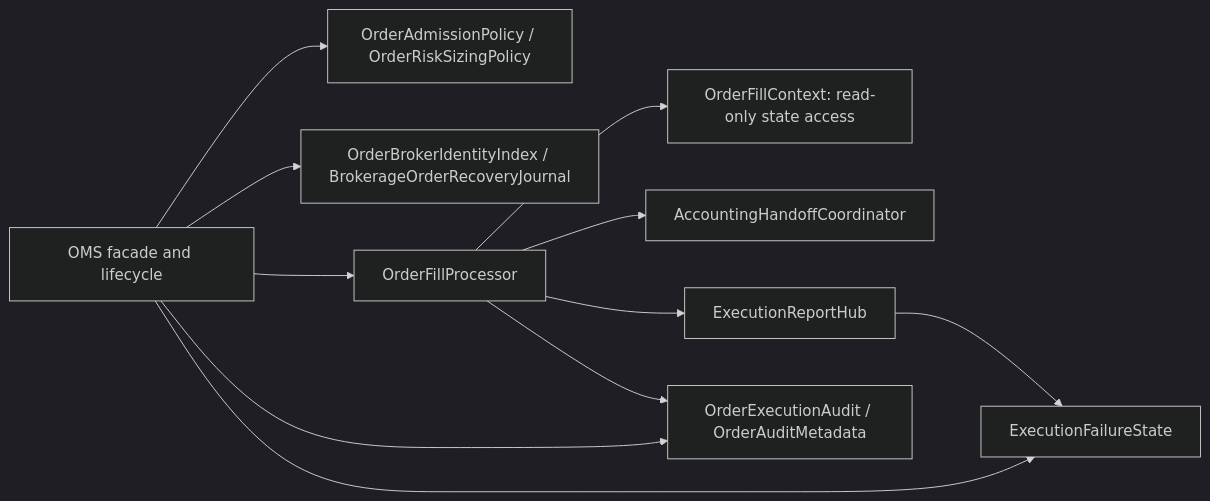
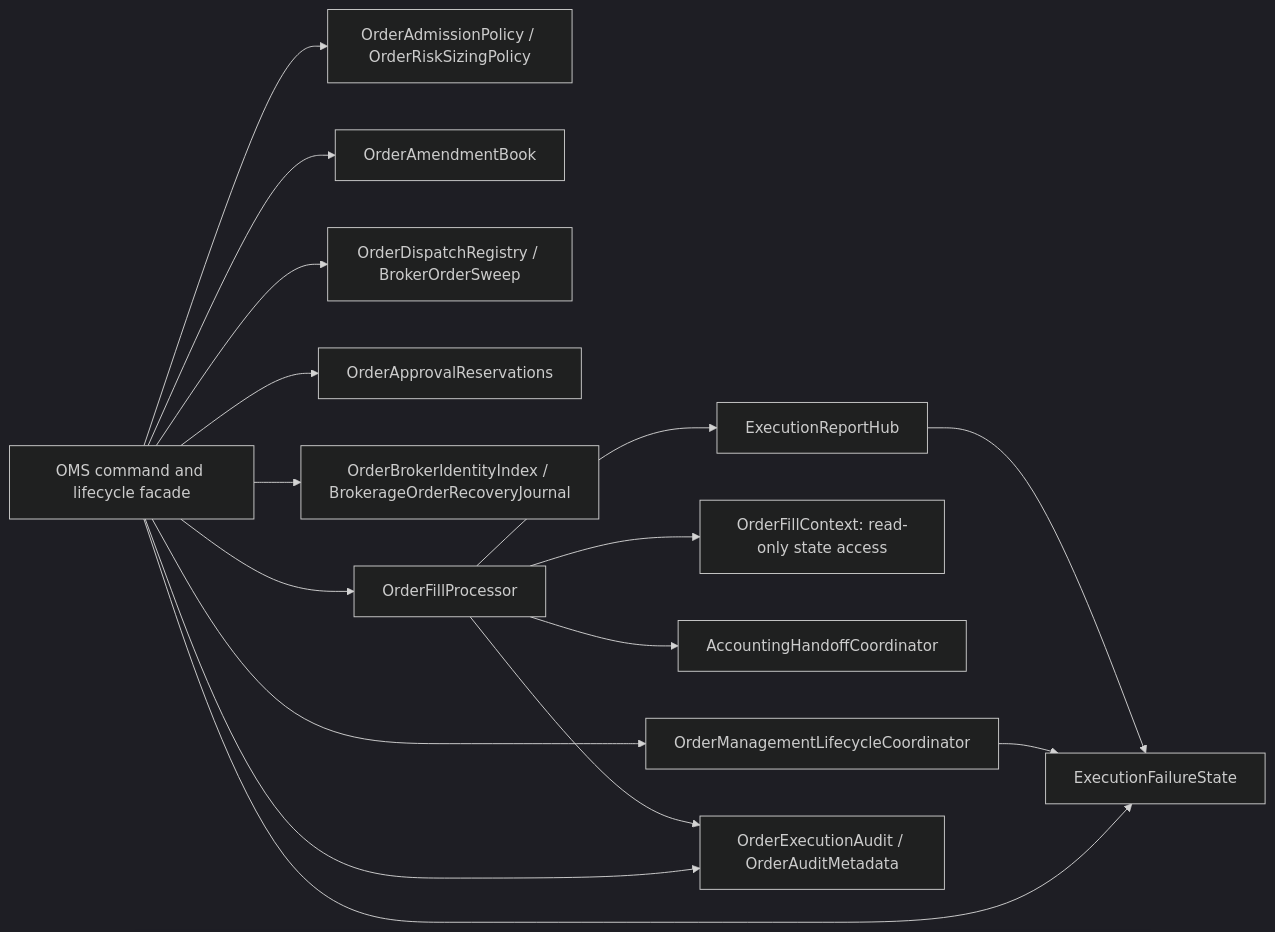
The second of 2 diagrams in docs/architecture/module-map.md (rodoHasArrived/Meridian-main), drawn with Mermaid (dark theme) before and after one commit. The commit also changed other lines of this file and 29 other files, not shown here.

Commit message:
refactor(execution): isolate OMS runtime and command state

````diff
--- a/docs/architecture/module-map.md
+++ b/docs/architecture/module-map.md
@@ -104,13 +106,18 @@
 ```mermaid
 flowchart LR
-  OMS["OMS facade and lifecycle"] --> Policy["OrderAdmissionPolicy / OrderRiskSizingPolicy"]
+  OMS["OMS command and lifecycle facade"] --> Lifecycle["OrderManagementLifecycleCoordinator"]
+  OMS --> Policy["OrderAdmissionPolicy / OrderRiskSizingPolicy"]
+  OMS --> Amendments["OrderAmendmentBook"]
+  OMS --> Dispatch["OrderDispatchRegistry / BrokerOrderSweep"]
+  OMS --> Approvals["OrderApprovalReservations"]
   OMS --> Recovery["OrderBrokerIdentityIndex / BrokerageOrderRecoveryJournal"]
   OMS --> Fills["OrderFillProcessor"]
   Fills --> Context["OrderFillContext: read-only state access"]
   Fills --> Accounting["AccountingHandoffCoordinator"]
   Fills --> Reports["ExecutionReportHub"]
   Fills --> Audit["OrderExecutionAudit / OrderAuditMetadata"]
   Reports --> Failure["ExecutionFailureState"]
+  Lifecycle --> Failure
   OMS --> Failure
   OMS --> Audit
 ```
````
